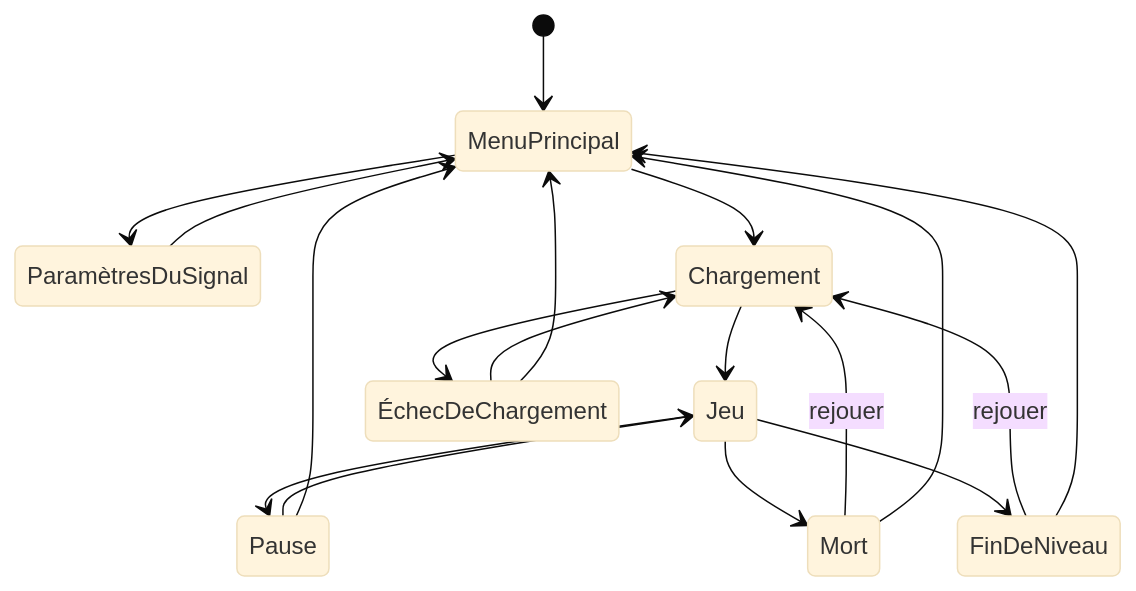
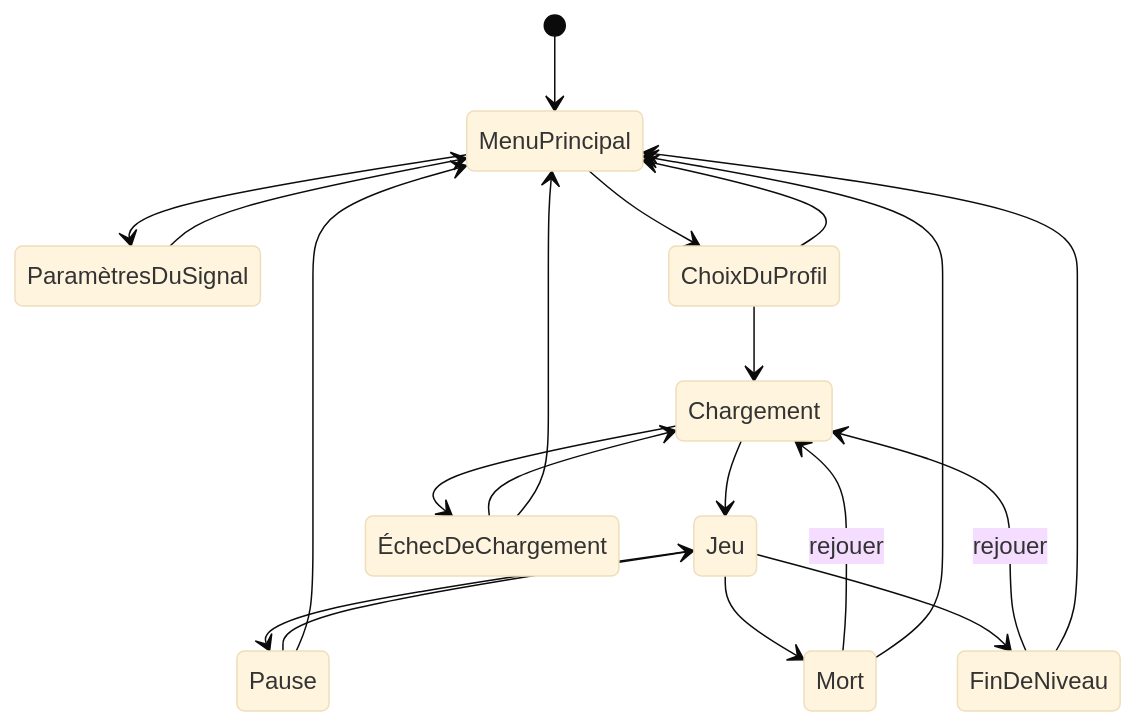
The diagram in docs/2-fonctionnel/interface.md (benjiGir/projet-cassandre), drawn with Mermaid (base theme) before and after one commit. The commit also changed other lines of this file and 30 other files, not shown here.

````diff
--- a/docs/2-fonctionnel/interface.md
+++ b/docs/2-fonctionnel/interface.md
@@ -19,20 +19,22 @@
 ```mermaid
 stateDiagram-v2
   [*] --> MenuPrincipal
   MenuPrincipal --> ParamètresDuSignal
   ParamètresDuSignal --> MenuPrincipal
-  MenuPrincipal --> Chargement
+  MenuPrincipal --> ChoixDuProfil
+  ChoixDuProfil --> MenuPrincipal
+  ChoixDuProfil --> Chargement
   Chargement --> Jeu
   Chargement --> ÉchecDeChargement
   ÉchecDeChargement --> Chargement
   ÉchecDeChargement --> MenuPrincipal
   Jeu --> Pause
   Pause --> Jeu
   Pause --> MenuPrincipal
   Jeu --> Mort
   Jeu --> FinDeNiveau
   Mort --> Chargement : rejouer
   Mort --> MenuPrincipal
   FinDeNiveau --> Chargement : rejouer
   FinDeNiveau --> MenuPrincipal
 ```
````
